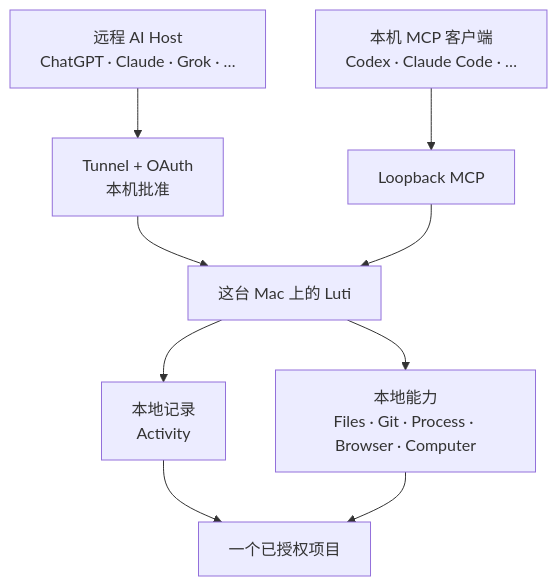
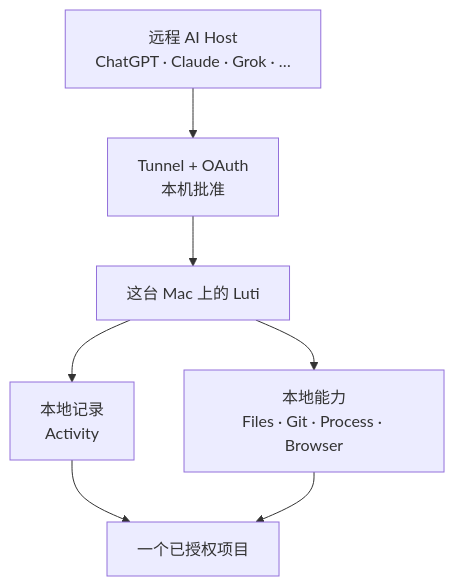
One commit to boltguo/Luti changed the diagram in README.zh-CN.md. Above: the diagram before and after it, drawn with Mermaid. The commit also changed other lines of this file and 43 other files, not shown here.

````diff
--- a/README.zh-CN.md
+++ b/README.zh-CN.md
@@ -27,16 +27,13 @@
 ```mermaid
 flowchart TB
     remote["远程 AI Host<br/>ChatGPT · Claude · Grok · …"]
-    local["本机 MCP 客户端<br/>Codex · Claude Code · …"]
     tunnel["Tunnel + OAuth<br/>本机批准"]
-    loopback["Loopback MCP"]
     luti["这台 Mac 上的 Luti"]
     context["本地记录<br/>Activity"]
-    tools["本地能力<br/>Files · Git · Process · Browser · Computer"]
+    tools["本地能力<br/>Files · Git · Process · Browser"]
     project["一个已授权项目"]
 
     remote --> tunnel --> luti
-    local --> loopback --> luti
     luti --> context --> project
     luti --> tools --> project
 ```
````
